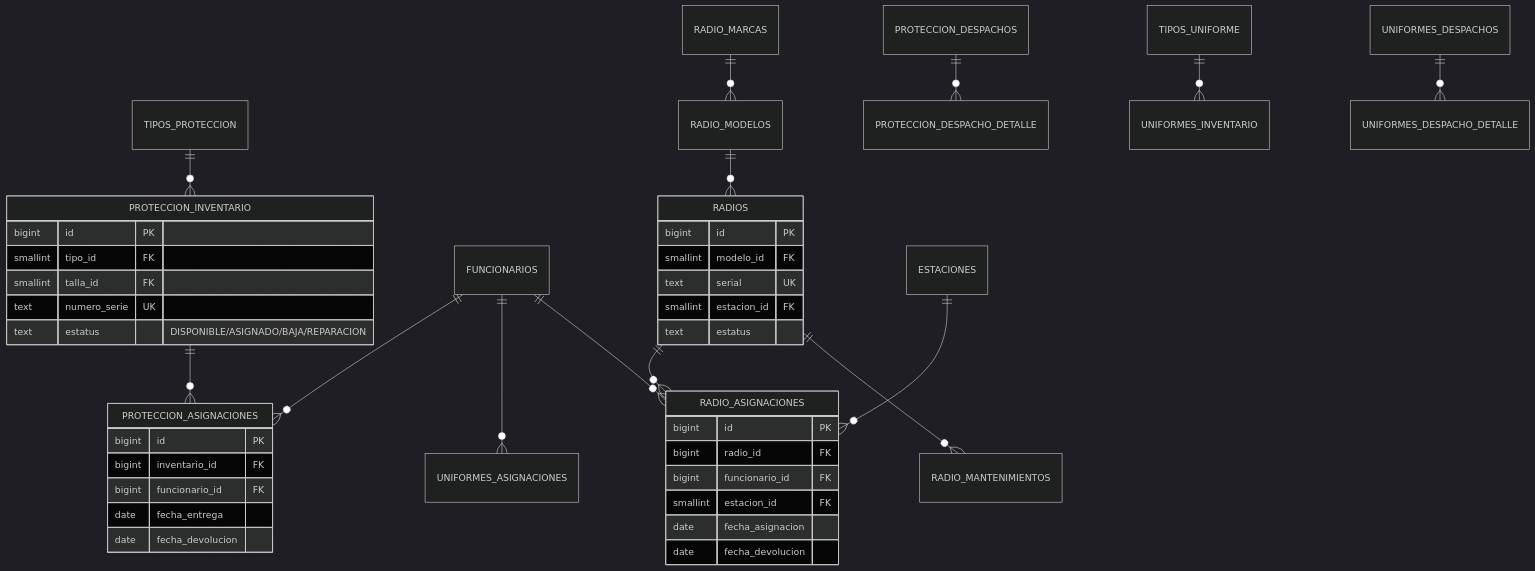
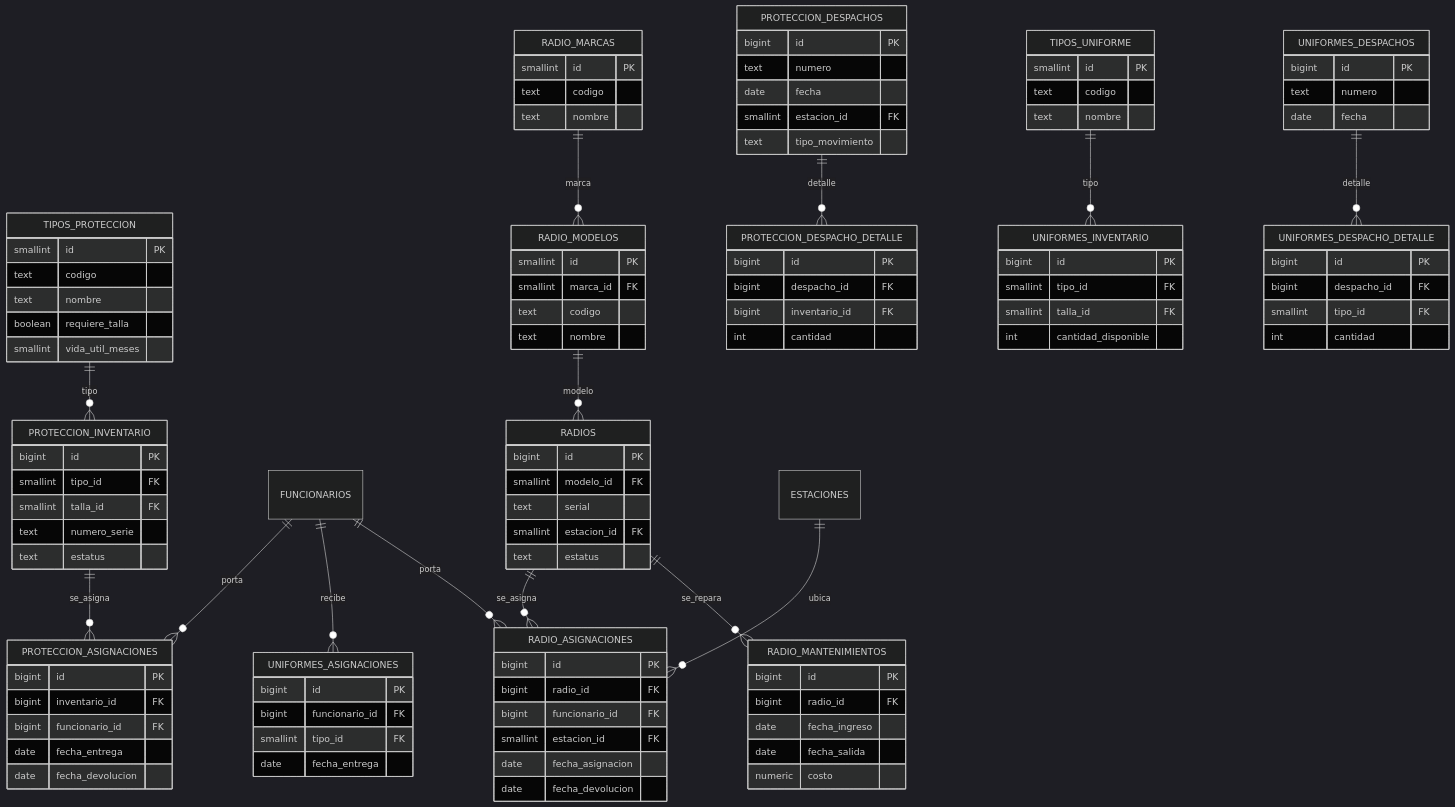
Before and after one commit to darvinh12/bomberos-sc: the sixth of 8 diagrams in docs/ER.md, drawn with Mermaid (dark theme). The commit also changed other lines of this file, not shown here.

Commit message:
fix(docs): ER.md compatible con renderer Mermaid de GitHub

````diff
--- a/docs/ER.md
+++ b/docs/ER.md
@@ -429,27 +514,32 @@
 ```mermaid
 erDiagram
-    TIPOS_PROTECCION ||--o{ PROTECCION_INVENTARIO : ""
-    PROTECCION_INVENTARIO ||--o{ PROTECCION_ASIGNACIONES : ""
-    FUNCIONARIOS ||--o{ PROTECCION_ASIGNACIONES : ""
-    PROTECCION_DESPACHOS ||--o{ PROTECCION_DESPACHO_DETALLE : ""
+    TIPOS_PROTECCION ||--o{ PROTECCION_INVENTARIO : "tipo"
+    PROTECCION_INVENTARIO ||--o{ PROTECCION_ASIGNACIONES : "se_asigna"
+    FUNCIONARIOS ||--o{ PROTECCION_ASIGNACIONES : "porta"
+    PROTECCION_DESPACHOS ||--o{ PROTECCION_DESPACHO_DETALLE : "detalle"
+    TIPOS_UNIFORME ||--o{ UNIFORMES_INVENTARIO : "tipo"
+    FUNCIONARIOS ||--o{ UNIFORMES_ASIGNACIONES : "recibe"
+    UNIFORMES_DESPACHOS ||--o{ UNIFORMES_DESPACHO_DETALLE : "detalle"
+    RADIO_MARCAS ||--o{ RADIO_MODELOS : "marca"
+    RADIO_MODELOS ||--o{ RADIOS : "modelo"
+    RADIOS ||--o{ RADIO_ASIGNACIONES : "se_asigna"
+    RADIOS ||--o{ RADIO_MANTENIMIENTOS : "se_repara"
+    FUNCIONARIOS ||--o{ RADIO_ASIGNACIONES : "porta"
+    ESTACIONES ||--o{ RADIO_ASIGNACIONES : "ubica"
 
-    TIPOS_UNIFORME ||--o{ UNIFORMES_INVENTARIO : ""
-    FUNCIONARIOS ||--o{ UNIFORMES_ASIGNACIONES : ""
-    UNIFORMES_DESPACHOS ||--o{ UNIFORMES_DESPACHO_DETALLE : ""
-
-    RADIO_MARCAS ||--o{ RADIO_MODELOS : ""
-    RADIO_MODELOS ||--o{ RADIOS : ""
-    RADIOS ||--o{ RADIO_ASIGNACIONES : ""
-    RADIOS ||--o{ RADIO_MANTENIMIENTOS : ""
-    FUNCIONARIOS ||--o{ RADIO_ASIGNACIONES : ""
-    ESTACIONES ||--o{ RADIO_ASIGNACIONES : ""
-
+    TIPOS_PROTECCION {
+        smallint id PK
+        text codigo
+        text nombre
+        boolean requiere_talla
+        smallint vida_util_meses
+    }
     PROTECCION_INVENTARIO {
         bigint id PK
         smallint tipo_id FK
         smallint talla_id FK
-        text numero_serie UK
-        text estatus "DISPONIBLE/ASIGNADO/BAJA/REPARACION"
+        text numero_serie
+        text estatus
     }
     PROTECCION_ASIGNACIONES {
         bigint id PK
@@ -458,12 +548,64 @@
         date fecha_entrega
         date fecha_devolucion
     }
+    PROTECCION_DESPACHOS {
+        bigint id PK
+        text numero
+        date fecha
+        smallint estacion_id FK
+        text tipo_movimiento
+    }
+    PROTECCION_DESPACHO_DETALLE {
+        bigint id PK
+        bigint despacho_id FK
+        bigint inventario_id FK
+        int cantidad
+    }
+    TIPOS_UNIFORME {
+        smallint id PK
+        text codigo
+        text nombre
+    }
+    UNIFORMES_INVENTARIO {
+        bigint id PK
+        smallint tipo_id FK
+        smallint talla_id FK
+        int cantidad_disponible
+    }
+    UNIFORMES_ASIGNACIONES {
+        bigint id PK
+        bigint funcionario_id FK
+        smallint tipo_id FK
+        date fecha_entrega
+    }
+    UNIFORMES_DESPACHOS {
+        bigint id PK
+        text numero
+        date fecha
+    }
+    UNIFORMES_DESPACHO_DETALLE {
+        bigint id PK
+        bigint despacho_id FK
+        smallint tipo_id FK
+        int cantidad
+    }
     RADIOS {
         bigint id PK
         smallint modelo_id FK
-        text serial UK
+        text serial
         smallint estacion_id FK
         text estatus
+    }
+    RADIO_MARCAS {
+        smallint id PK
+        text codigo
+        text nombre
+    }
+    RADIO_MODELOS {
+        smallint id PK
+        smallint marca_id FK
+        text codigo
+        text nombre
     }
     RADIO_ASIGNACIONES {
         bigint id PK
@@ -473,4 +615,11 @@
         date fecha_asignacion
         date fecha_devolucion
     }
+    RADIO_MANTENIMIENTOS {
+        bigint id PK
+        bigint radio_id FK
+        date fecha_ingreso
+        date fecha_salida
+        numeric costo
+    }
 ```
````
